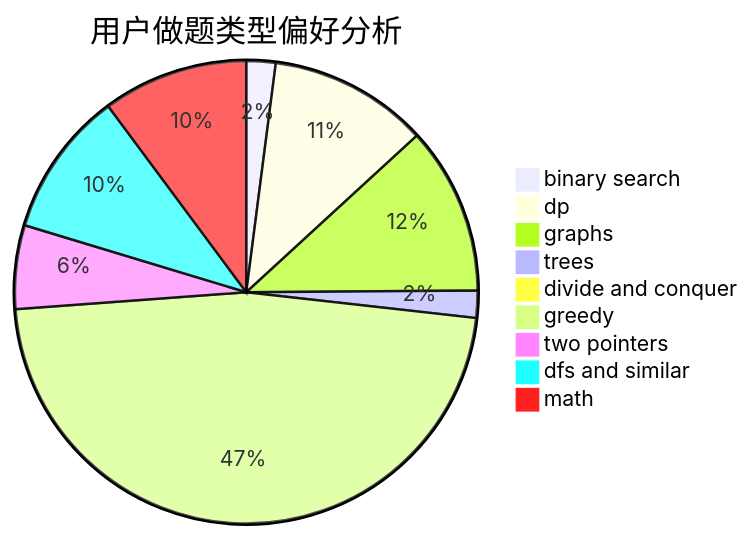
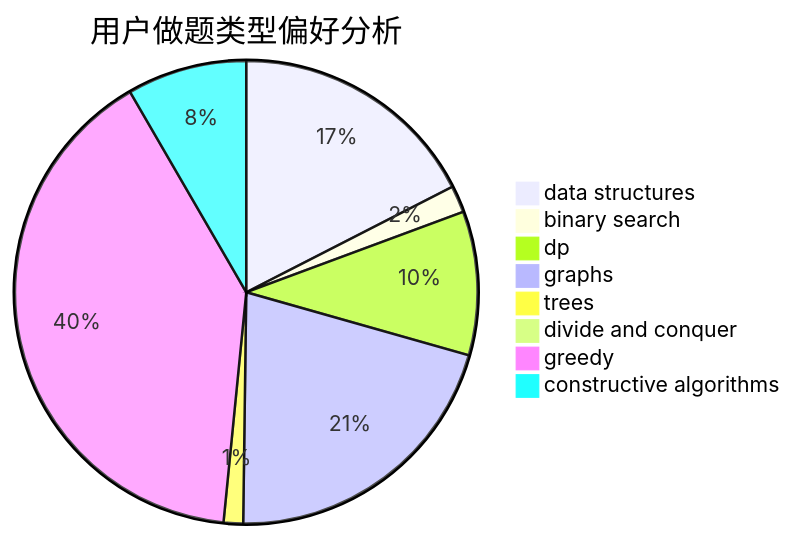
One commit to sherpahu/cfrs.github.io changed the second of 3 diagrams in docs/user/u352.md. Above: the diagram before and after it, drawn with Mermaid. The commit also changed other lines of this file and 2775 other files, not shown here.

````diff
--- a/docs/user/u352.md
+++ b/docs/user/u352.md
@@ -23,12 +23,11 @@
 ```mermaid
 pie title 用户做题类型偏好分析
-    "binary search" :  44
-    "dp" :  240
-    "graphs" :  252
-    "trees" :  41
+    "data structures" :  167
+    "binary search" :  18
+    "dp" :  96
+    "graphs" :  199
+    "trees" :  13
     "divide and conquer" :  0
-    "greedy" :  1014
-    "two pointers" :  126
-    "dfs and similar" :  219
-    "math" :  219
+    "greedy" :  383
+    "constructive algorithms" :  80
 ```
````
